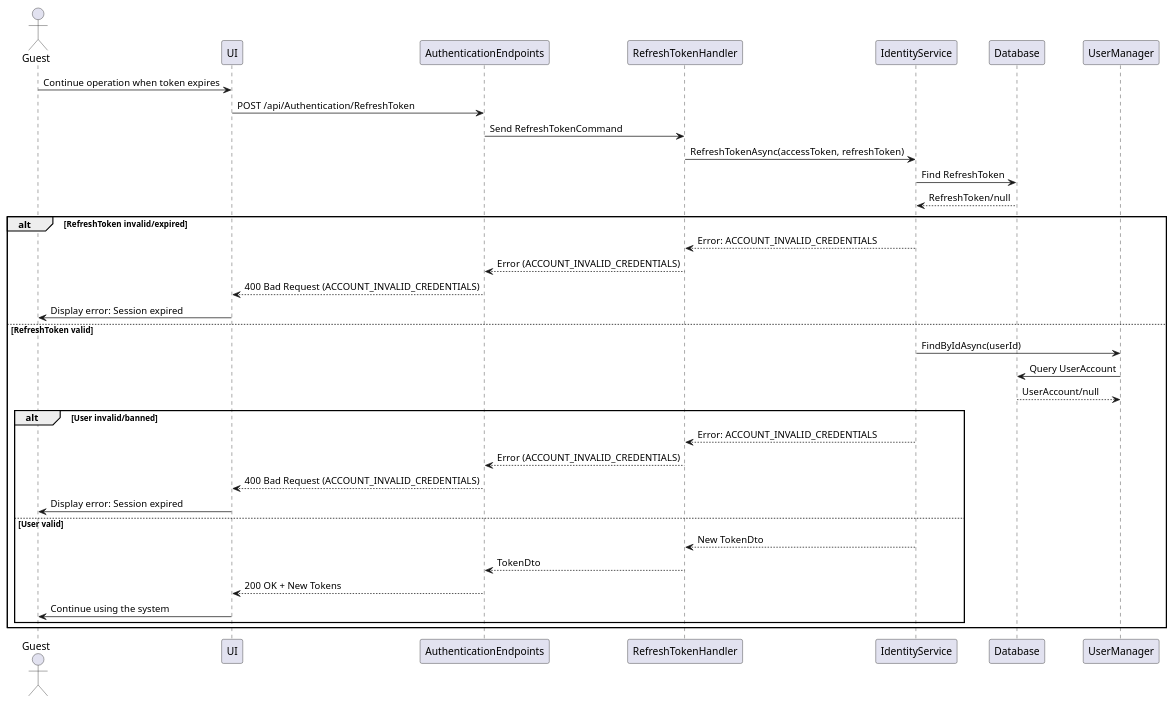
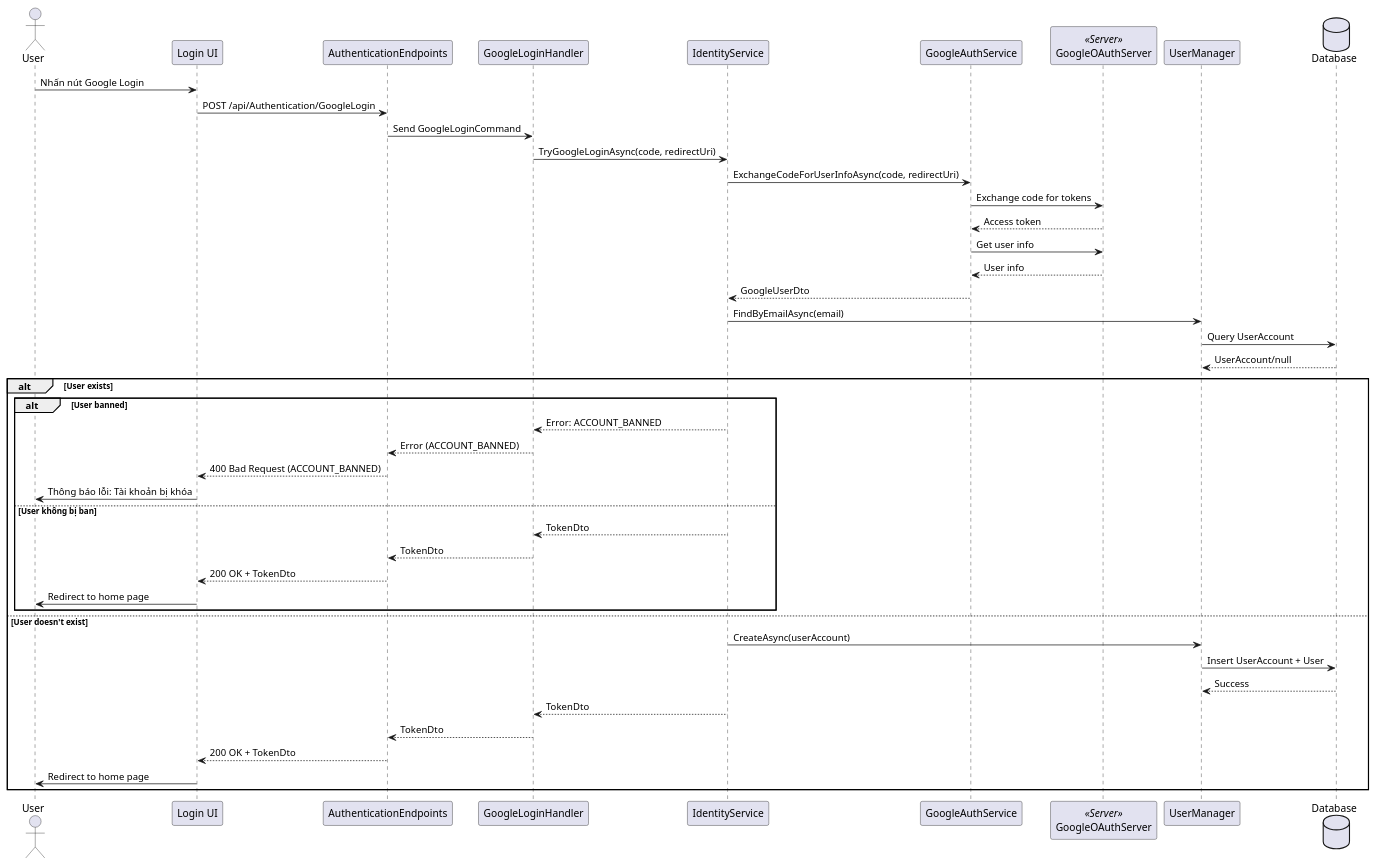
The diagram in authentication/Sequence/04_GoogleLogin.puml (thanhkhac/SEP_Diagram), drawn with PlantUML before and after one commit. The commit also changed 9 other files, not shown here.

First line of the commit message:
Update authentication sequence diagrams for clarity

```diff
--- a/authentication/Sequence/04_GoogleLogin.puml
+++ b/authentication/Sequence/04_GoogleLogin.puml
@@ -1,37 +1,46 @@
 @startuml
-actor Guest as User
-participant UI
-participant AuthenticationEndpoints as Endpoint
-participant RefreshTokenHandler as Handler
+actor User
+participant "Login UI" as UI
+participant AuthenticationEndpoints
+participant GoogleLoginHandler
 participant IdentityService
-participant Database
+participant GoogleAuthService
+participant GoogleOAuthServer <<Server>>
 participant UserManager
+Database Database
 
-User -> UI : Continue operation when token expires
-UI -> Endpoint : POST /api/Authentication/RefreshToken
-Endpoint -> Handler : Send RefreshTokenCommand
-Handler -> IdentityService : RefreshTokenAsync(accessToken, refreshToken)
-IdentityService -> Database : Find RefreshToken
-Database --> IdentityService : RefreshToken/null
-alt RefreshToken invalid/expired
-    IdentityService --> Handler : Error: ACCOUNT_INVALID_CREDENTIALS
-    Handler --> Endpoint : Error (ACCOUNT_INVALID_CREDENTIALS)
-    Endpoint --> UI : 400 Bad Request (ACCOUNT_INVALID_CREDENTIALS)
-    UI -> User : Display error: Session expired
-else RefreshToken valid
-    IdentityService -> UserManager : FindByIdAsync(userId)
-    UserManager -> Database : Query UserAccount
-    Database --> UserManager : UserAccount/null
-    alt User invalid/banned
-        IdentityService --> Handler : Error: ACCOUNT_INVALID_CREDENTIALS
-        Handler --> Endpoint : Error (ACCOUNT_INVALID_CREDENTIALS)
-        Endpoint --> UI : 400 Bad Request (ACCOUNT_INVALID_CREDENTIALS)
-        UI -> User : Display error: Session expired
-    else User valid
-        IdentityService --> Handler : New TokenDto
-        Handler --> Endpoint : TokenDto
-        Endpoint --> UI : 200 OK + New Tokens
-        UI -> User : Continue using the system
+User -> UI : Nhấn nút Google Login
+UI -> AuthenticationEndpoints : POST /api/Authentication/GoogleLogin
+AuthenticationEndpoints -> GoogleLoginHandler : Send GoogleLoginCommand
+GoogleLoginHandler -> IdentityService : TryGoogleLoginAsync(code, redirectUri)
+IdentityService -> GoogleAuthService : ExchangeCodeForUserInfoAsync(code, redirectUri)
+GoogleAuthService -> GoogleOAuthServer : Exchange code for tokens
+GoogleOAuthServer --> GoogleAuthService : Access token
+GoogleAuthService -> GoogleOAuthServer : Get user info
+GoogleOAuthServer --> GoogleAuthService : User info
+GoogleAuthService --> IdentityService : GoogleUserDto
+IdentityService -> UserManager : FindByEmailAsync(email)
+UserManager -> Database : Query UserAccount
+Database --> UserManager : UserAccount/null
+alt User exists
+    alt User banned
+        IdentityService --> GoogleLoginHandler : Error: ACCOUNT_BANNED
+        GoogleLoginHandler --> AuthenticationEndpoints : Error (ACCOUNT_BANNED)
+        AuthenticationEndpoints --> UI : 400 Bad Request (ACCOUNT_BANNED)
+        UI -> User : Thông báo lỗi: Tài khoản bị khóa
+    else User không bị ban
+        IdentityService --> GoogleLoginHandler : TokenDto
+        GoogleLoginHandler --> AuthenticationEndpoints : TokenDto
+        AuthenticationEndpoints --> UI : 200 OK + TokenDto
+        UI -> User : Redirect to home page
     end
+else User doesn't exist
+    IdentityService -> UserManager : CreateAsync(userAccount)
+    UserManager -> Database : Insert UserAccount + User
+    Database --> UserManager : Success
+    IdentityService --> GoogleLoginHandler : TokenDto
+    GoogleLoginHandler --> AuthenticationEndpoints : TokenDto
+    AuthenticationEndpoints --> UI : 200 OK + TokenDto
+    UI -> User : Redirect to home page
 end
 @enduml
```
